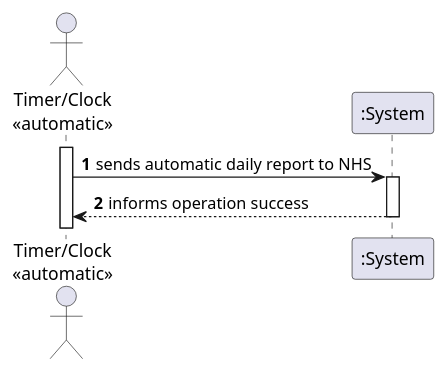
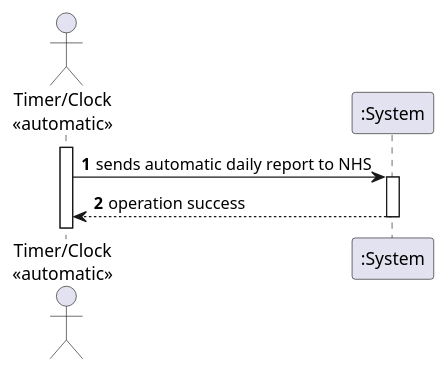
Before and after one commit to ana-albergaria/LAPR2-ISEP: the diagram in docs/SprintD/US_19/US19_SSD.puml, drawn with PlantUML. The commit also changed 6 other files, not shown here.

```diff
--- a/docs/SprintD/US_19/US19_SSD.puml
+++ b/docs/SprintD/US_19/US19_SSD.puml
@@ -1,34 +1,34 @@
 @startuml
 autonumber
 actor "Timer/Clock\n<<automatic>>" as T
 
 activate T
 T -> ":System" : sends automatic daily report to NHS
 
 /'activate ":System"
 ":System" --> T : requests report to be sent
 deactivate ":System"
 
 T -> ":System" : create daily report and send it'/
 activate ":System"
 
-":System" --> T : informs operation success
+":System" --> T : operation success
 
 deactivate ":System"
 
 /'
 T -> ":System" : selects type of test
 activate ":System"
 
 
 ":System" --> T : shows all data and requests confirmation
 deactivate ":System"
 
 T -> ":System" : confirms the data
 activate ":System"
 ":System" --> T : informs operation success
 deactivate ":System"
 
 deactivate T'/
 
 @enduml
```
